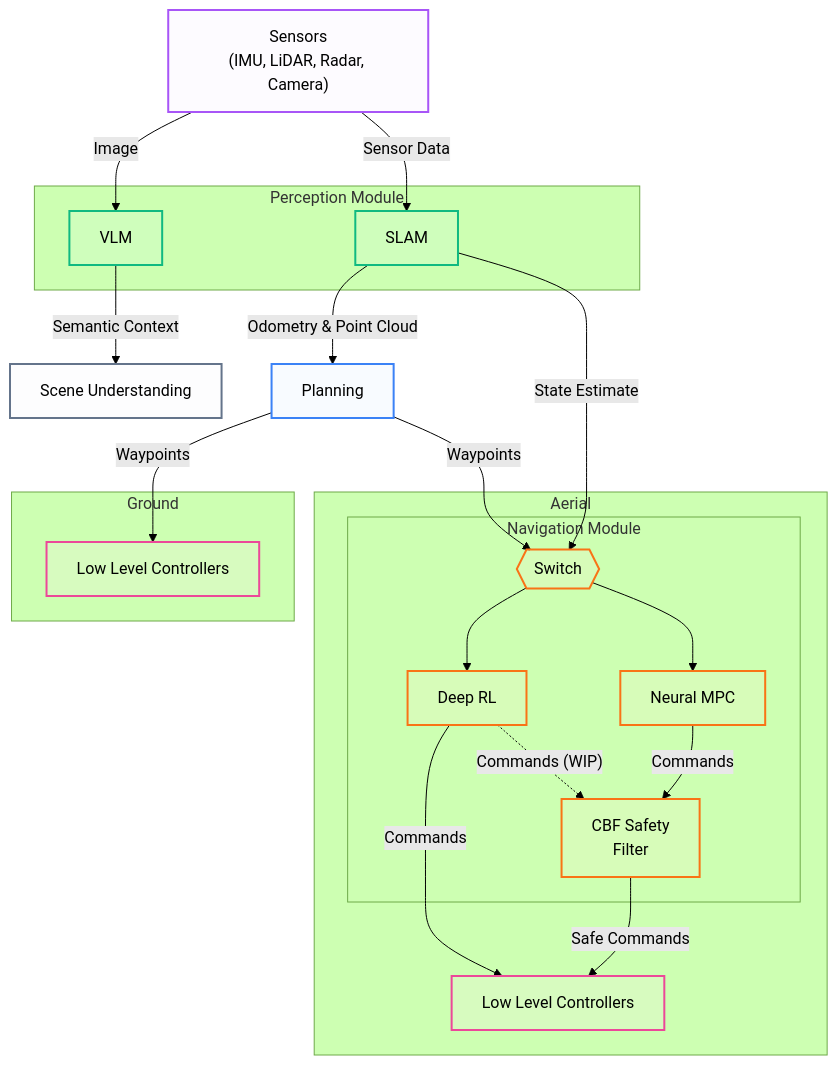
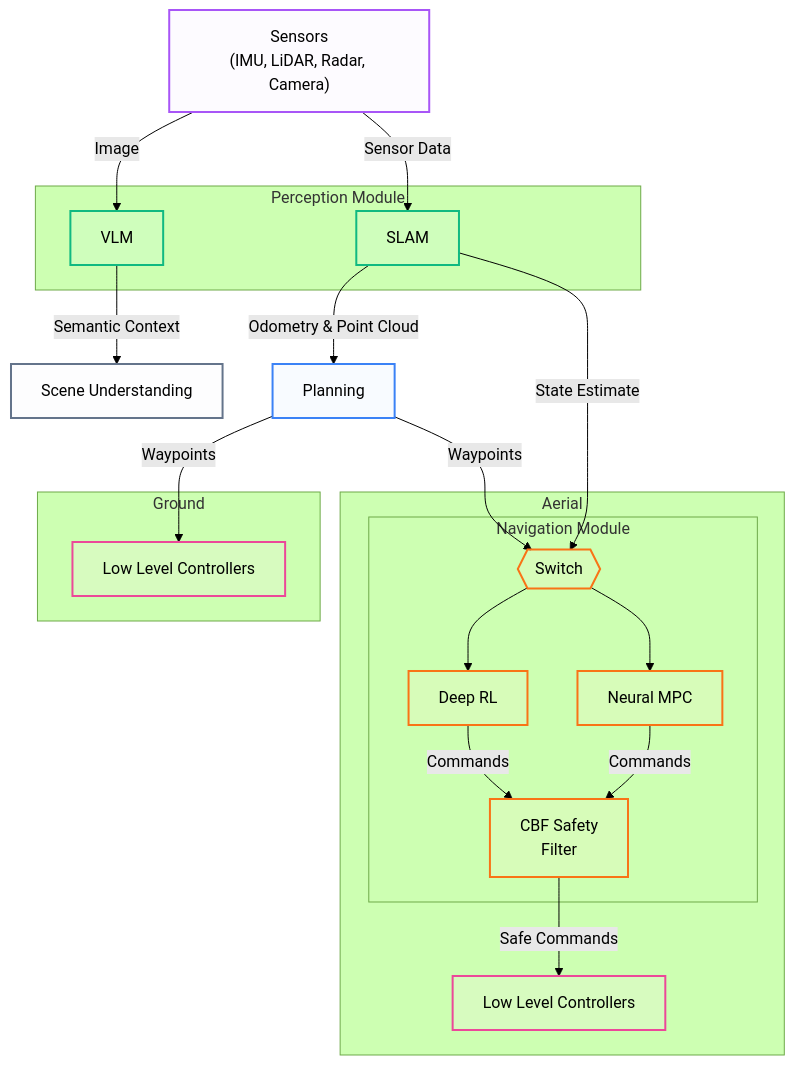
Before and after one commit to ntnu-arl/unified_autonomy_stack: the diagram in docs/architecture.md, drawn with Mermaid (forest theme). The commit also changed 1 other file, not shown here.

Commit message:
updated mermaid chart

````diff
--- a/docs/architecture.md
+++ b/docs/architecture.md
@@ -11,55 +11,54 @@
 ```mermaid
 graph TD
     Sensors["Sensors<br/>(IMU, LiDAR, Radar, Camera)"]
     
     subgraph Perception["Perception Module"]
         SLAM["SLAM"]
         VLM["VLM"]
     end
     
     SceneUnderstanding["Scene Understanding"]
     VLM -->|Semantic Context| SceneUnderstanding
     Planning["Planning"]
     
     subgraph Aerial["Aerial"]
         subgraph Navigation["Navigation Module"]
             Selector{{"Switch"}}
             MPC["Neural MPC"]
             RL["Deep RL"]
             CBF["CBF Safety<br/>Filter"]
         end
         AerialControllers["Low Level Controllers"]
     end
     
     subgraph Ground["Ground"]
         GroundControllers["Low Level Controllers"]
     end
     
     Sensors -->|Sensor Data| SLAM
     Sensors -->|Image| VLM
     SLAM -->|Odometry & Point Cloud| Planning
     SLAM -->|State Estimate| Selector
     Planning -->|Waypoints| Selector
     Selector --> MPC
     Selector --> RL
     MPC -->|Commands| CBF
-    RL -.->|"Commands (WIP)"| CBF
+    RL -->|"Commands"| CBF
     CBF -->|Safe Commands| AerialControllers
     Planning -->|Waypoints| GroundControllers
-    RL -->|Commands| AerialControllers
     
     classDef perception fill:#d1fae530,stroke:#10b981,stroke-width:2px,color:#000
     classDef planning fill:#dbeafe30,stroke:#3b82f6,stroke-width:2px,color:#000
     classDef navigation fill:#ffedd530,stroke:#f97316,stroke-width:2px,color:#000
     classDef controllers fill:#fce7f330,stroke:#ec4899,stroke-width:2px,color:#000
     classDef sensors fill:#f3e8ff30,stroke:#a855f7,stroke-width:2px,color:#000
     classDef switch fill:#fef3c730,stroke:#eab308,stroke-width:2px,color:#000
     classDef scene fill:#f1f5f930,stroke:#64748b,stroke-width:2px,color:#000
     
     class SLAM,VLM perception
     class Planning planning
     class Selector,MPC,RL,CBF navigation
     class AerialControllers,GroundControllers controllers
     class Sensors sensors
     class SceneUnderstanding scene
 ```
````
